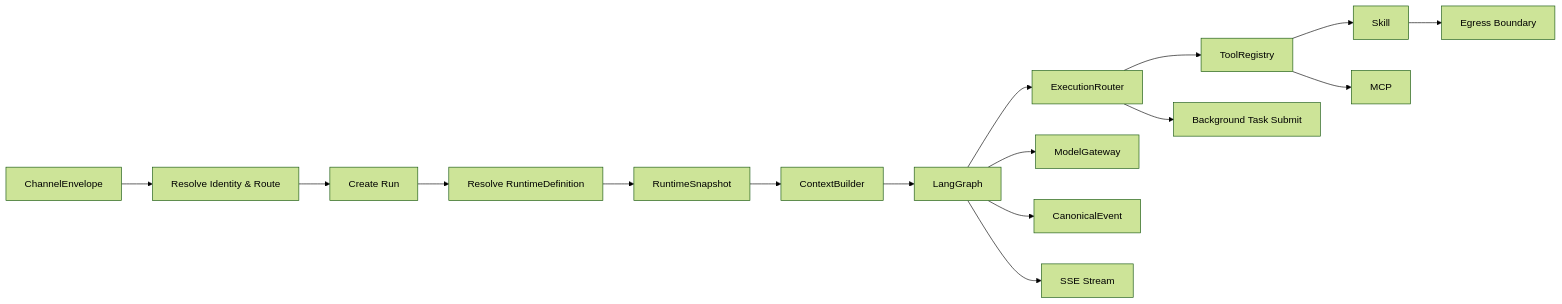
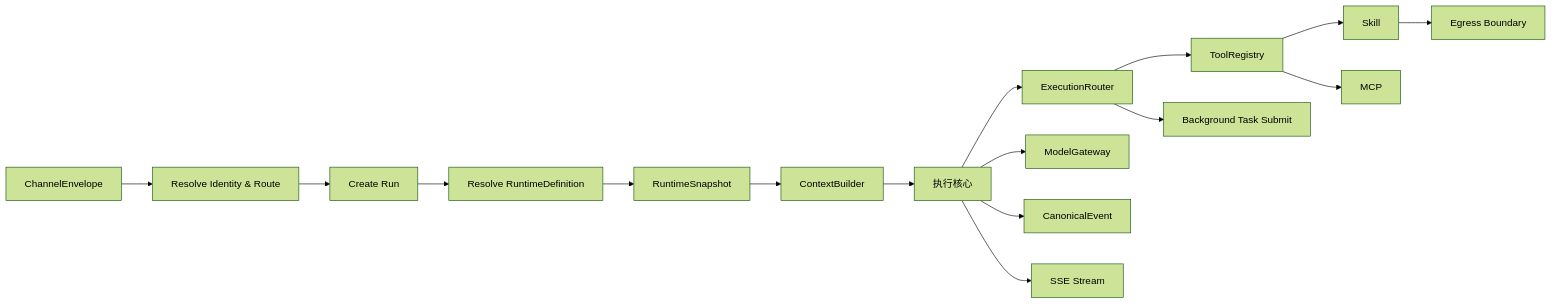
The sixth of 7 diagrams in docs/01-总体架构与部署详细设计.md (Michaelxwb/fluxion-harness), drawn with Mermaid (forest theme) before and after one commit. The commit also changed other lines of this file and 14 other files, not shown here.

````diff
--- a/docs/01-总体架构与部署详细设计.md
+++ b/docs/01-总体架构与部署详细设计.md
@@ -555,18 +553,18 @@
 ```mermaid
 flowchart LR
     MSG[ChannelEnvelope] --> RES[Resolve Identity & Route]
     RES --> RUN[Create Run]
     RUN --> DEF[Resolve RuntimeDefinition]
     DEF --> SNAP[RuntimeSnapshot]
     SNAP --> CTX[ContextBuilder]
-    CTX --> LG[LangGraph]
+    CTX --> LG[执行核心]
     LG --> ER[ExecutionRouter]
     ER --> TR[ToolRegistry]
     ER --> BT[Background Task Submit]
     TR --> SK[Skill]
     TR --> MC[MCP]
     SK --> EG[Egress Boundary]
     LG --> MD[ModelGateway]
     LG --> EVT[CanonicalEvent]
     LG --> SSE[SSE Stream]
 ```
````
